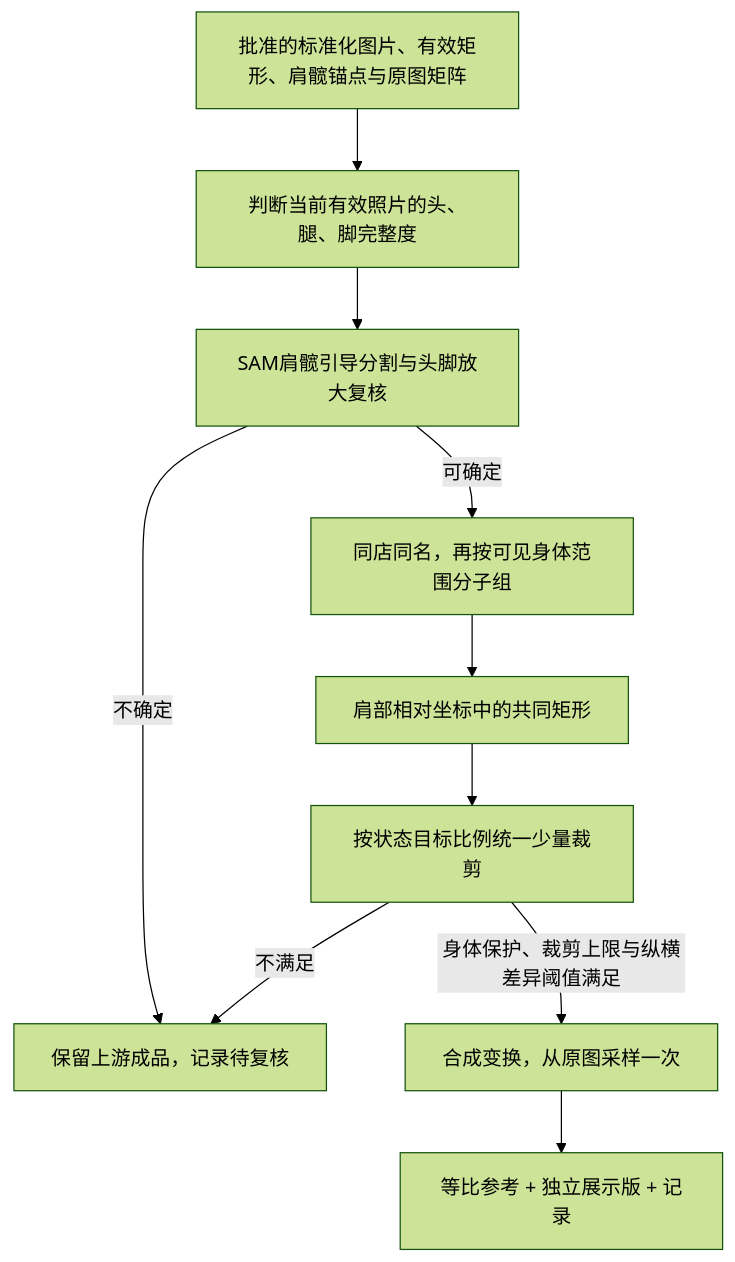
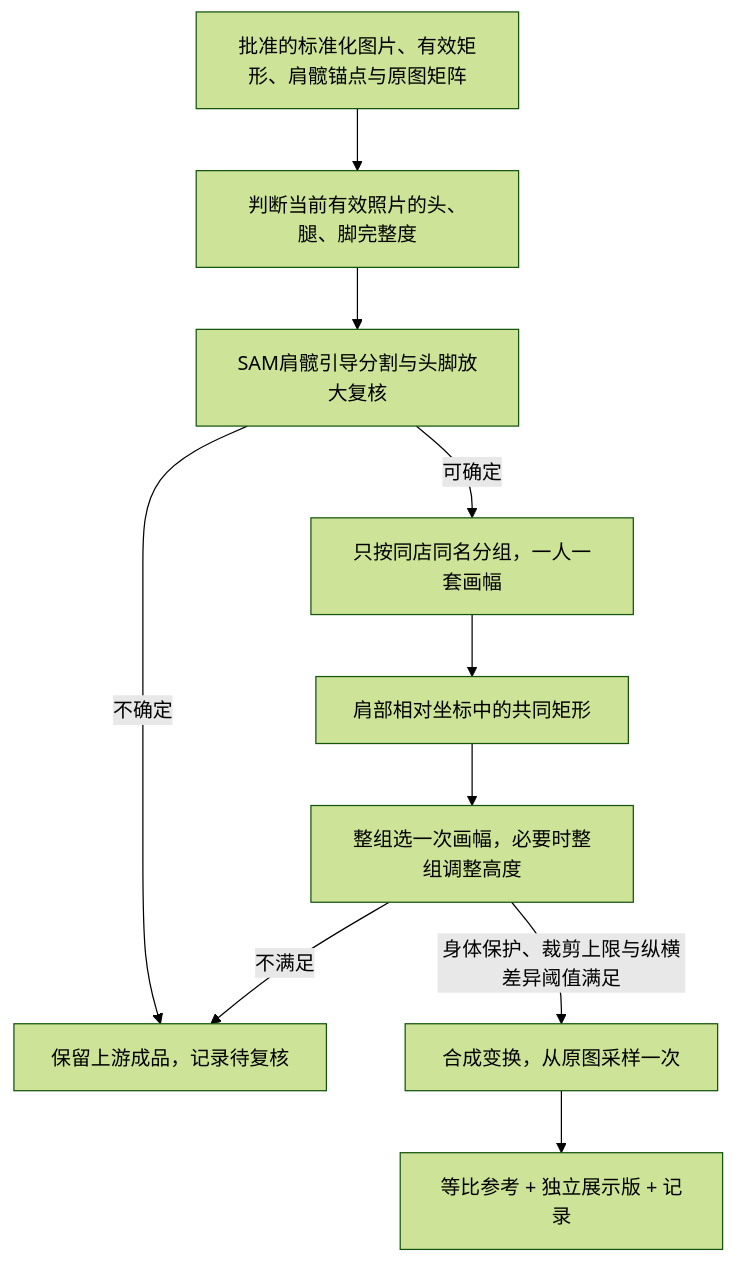
One commit to zmdo/smart-pos changed the diagram in docs/workflows/group-display.md. Above: the diagram before and after it, drawn with Mermaid (forest theme). The commit also changed other lines of this file and 12 other files, not shown here.

````diff
--- a/docs/workflows/group-display.md
+++ b/docs/workflows/group-display.md
@@ -13,12 +15,12 @@
 ```mermaid
 flowchart TD
     A[批准的标准化图片、有效矩形、肩髋锚点与原图矩阵] --> B[判断当前有效照片的头、腿、脚完整度]
     B --> C[SAM肩髋引导分割与头脚放大复核]
-    C -->|可确定| D[同店同名，再按可见身体范围分子组]
+    C -->|可确定| D[只按同店同名分组，一人一套画幅]
     C -->|不确定| X[保留上游成品，记录待复核]
     D --> E[肩部相对坐标中的共同矩形]
-    E --> F[按状态目标比例统一少量裁剪]
+    E --> F[整组选一次画幅，必要时整组调整高度]
     F -->|身体保护、裁剪上限与纵横差异阈值满足| G[合成变换，从原图采样一次]
     F -->|不满足| X
     G --> R[等比参考 + 独立展示版 + 记录]
 ```
````
